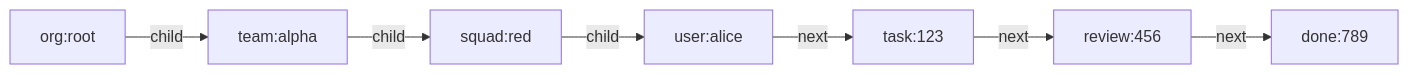
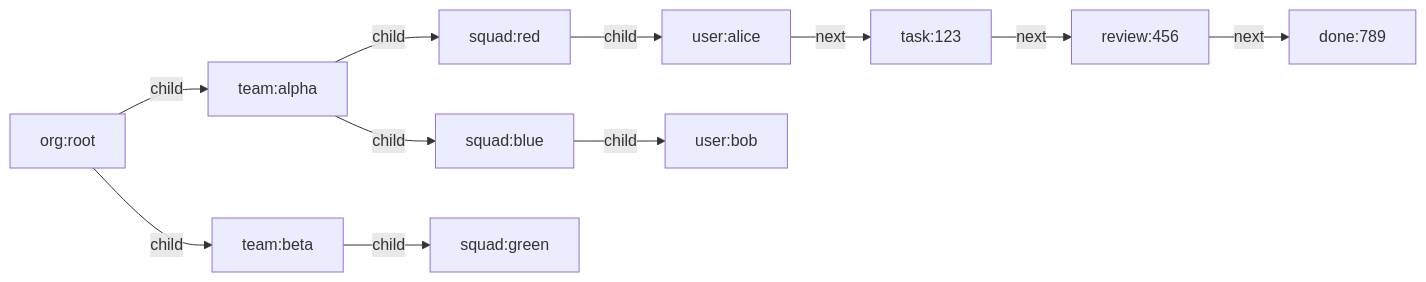
Before and after one commit to git-stunts/git-warp: the third of 7 diagrams in README.md, drawn with Mermaid. The commit also changed other lines of this file and 1 other file, not shown here.

````diff
--- a/README.md
+++ b/README.md
@@ -410,9 +410,13 @@
 ```mermaid
 flowchart LR
-    root["org:root"] -->|"child"| team["team:alpha"]
-    team -->|"child"| squad["squad:red"]
-    squad -->|"child"| member["user:alice"]
-    member -->|"next"| ticket["task:123"]
+    root["org:root"] -->|"child"| teamA["team:alpha"]
+    root -->|"child"| teamB["team:beta"]
+    teamA -->|"child"| squadRed["squad:red"]
+    teamA -->|"child"| squadBlue["squad:blue"]
+    teamB -->|"child"| squadGreen["squad:green"]
+    squadRed -->|"child"| alice["user:alice"]
+    squadBlue -->|"child"| bob["user:bob"]
+    alice -->|"next"| ticket["task:123"]
     ticket -->|"next"| review["review:456"]
     review -->|"next"| done["done:789"]
 ```
````
